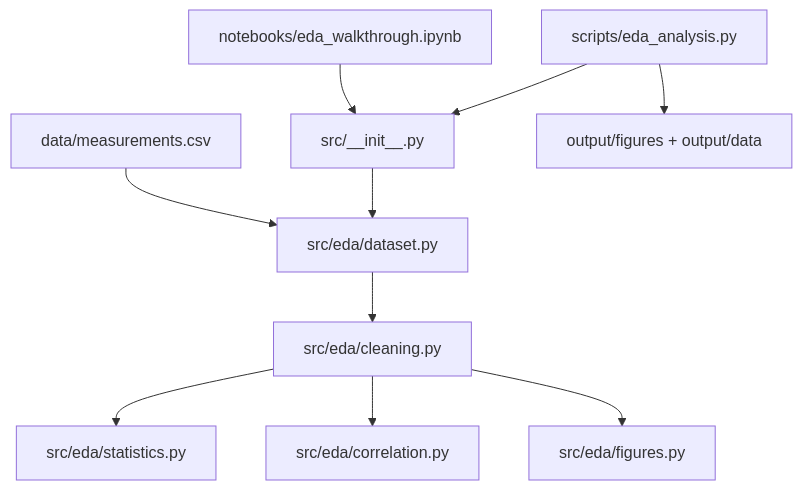
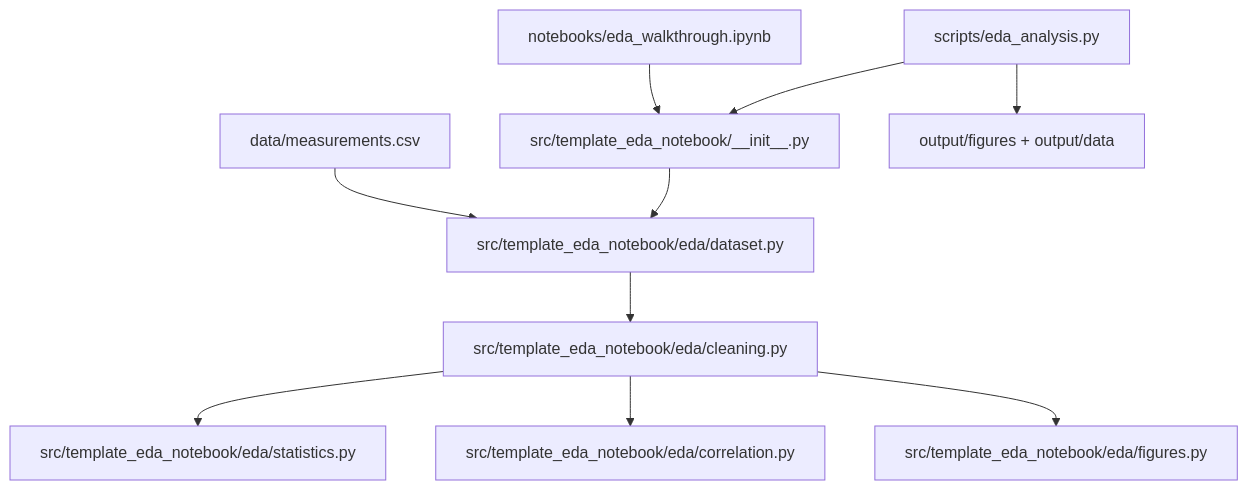
The diagram in projects/templates/template_eda_notebook/README.md (docxology/template), drawn with Mermaid before and after one commit. The commit also changed other lines of this file and 153 other files, not shown here.

````diff
--- a/projects/templates/template_eda_notebook/README.md
+++ b/projects/templates/template_eda_notebook/README.md
@@ -154,12 +154,12 @@
 ```mermaid
 graph TD
-    CSV[data/measurements.csv] --> DS[src/eda/dataset.py]
-    DS --> CL[src/eda/cleaning.py]
-    CL --> ST[src/eda/statistics.py]
-    CL --> CO[src/eda/correlation.py]
-    CL --> FG[src/eda/figures.py]
-    NB[notebooks/eda_walkthrough.ipynb] --> INIT[src/__init__.py]
+    CSV[data/measurements.csv] --> DS[src/template_eda_notebook/eda/dataset.py]
+    DS --> CL[src/template_eda_notebook/eda/cleaning.py]
+    CL --> ST[src/template_eda_notebook/eda/statistics.py]
+    CL --> CO[src/template_eda_notebook/eda/correlation.py]
+    CL --> FG[src/template_eda_notebook/eda/figures.py]
+    NB[notebooks/eda_walkthrough.ipynb] --> INIT[src/template_eda_notebook/__init__.py]
     SC[scripts/eda_analysis.py] --> INIT
     INIT --> DS
     SC --> OUT[output/figures + output/data]
 ```
````
